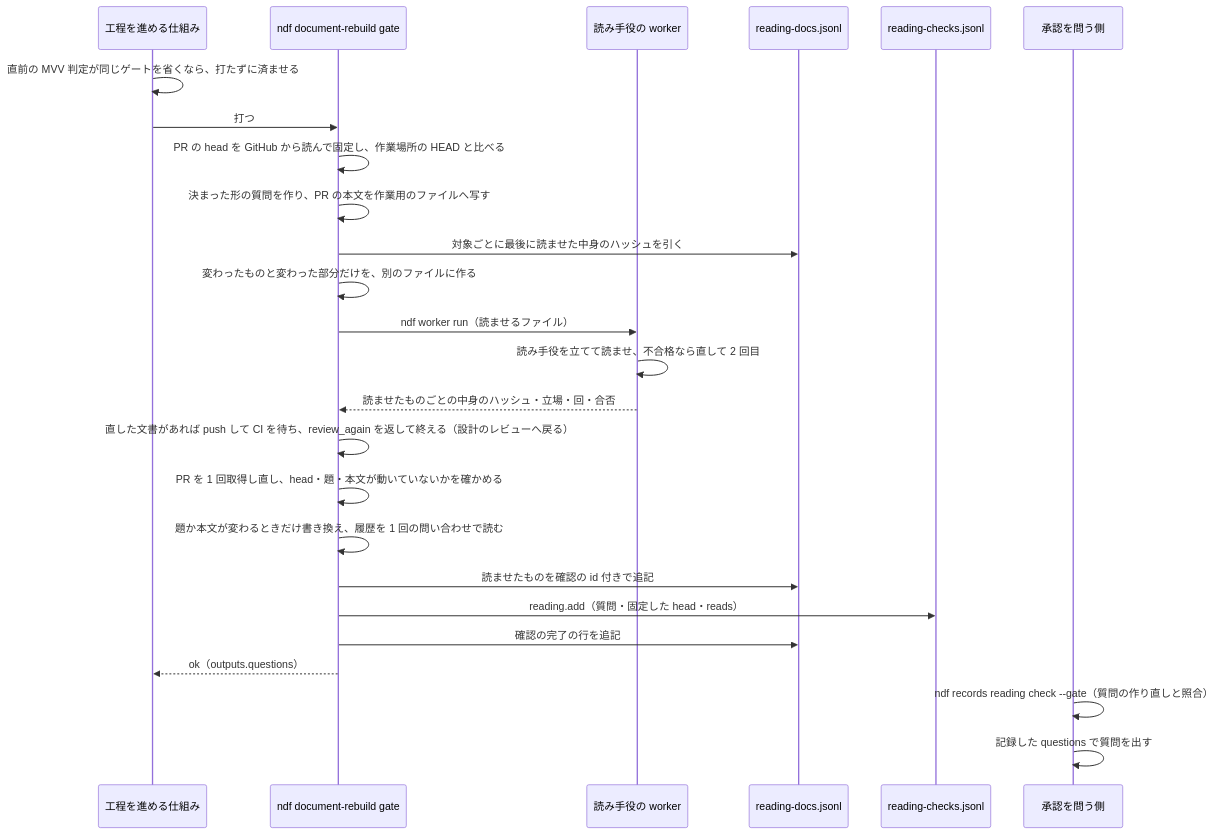
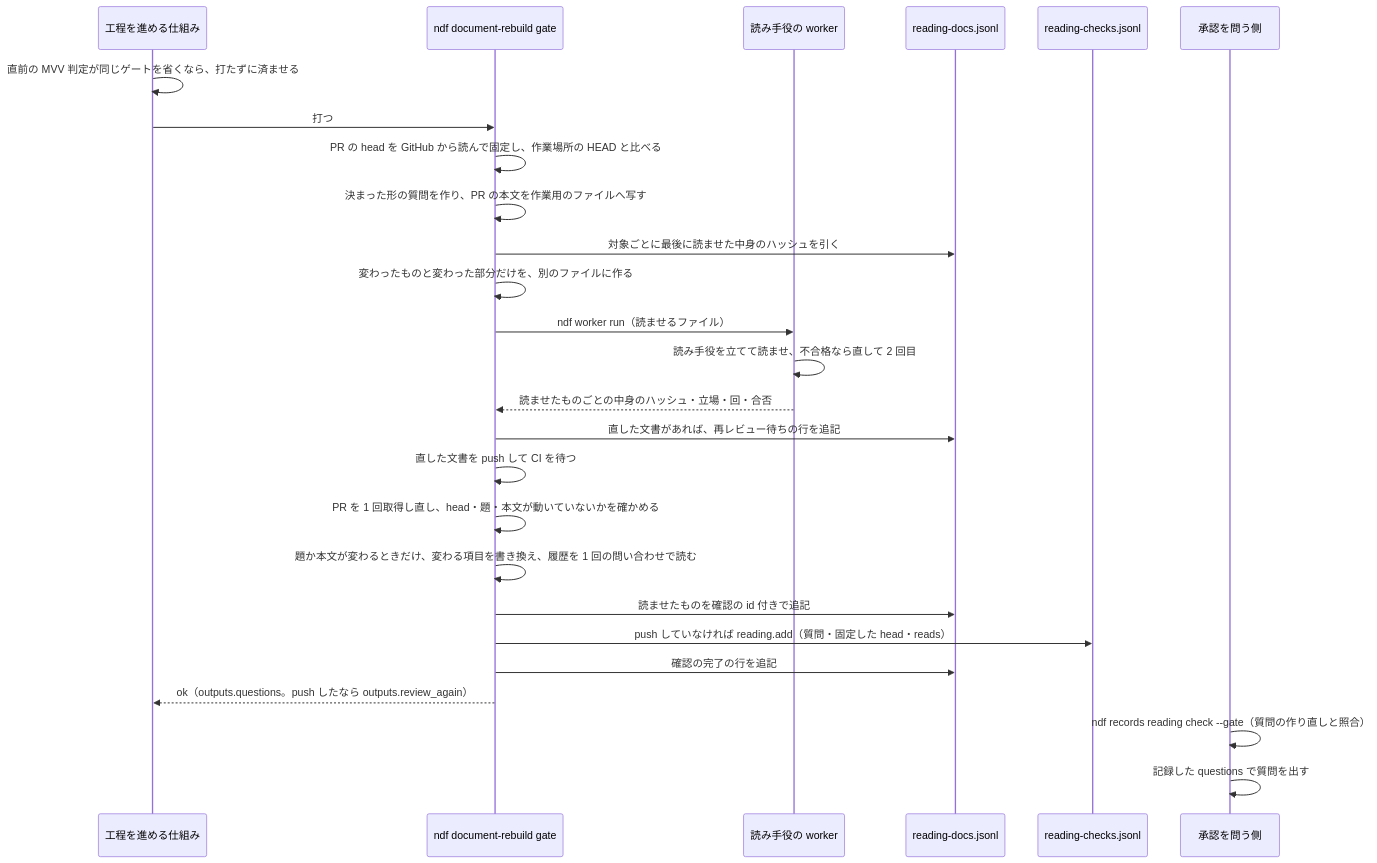
Before and after one commit to devbasex/ai-plugins: the fourth of 4 diagrams in issues/issue-4446-design.md, drawn with Mermaid. The commit also changed other lines of this file, not shown here.

````diff
--- a/issues/issue-4446-design.md
+++ b/issues/issue-4446-design.md
@@ -250,27 +250,28 @@
 ```mermaid
 sequenceDiagram
   participant P as 工程を進める仕組み
   participant G as ndf document-rebuild gate
   participant W as 読み手役の worker
   participant B as reading-docs.jsonl
   participant L as reading-checks.jsonl
   participant C as 承認を問う側
   P->>P: 直前の MVV 判定が同じゲートを省くなら、打たずに済ませる
   P->>G: 打つ
   G->>G: PR の head を GitHub から読んで固定し、作業場所の HEAD と比べる
   G->>G: 決まった形の質問を作り、PR の本文を作業用のファイルへ写す
   G->>B: 対象ごとに最後に読ませた中身のハッシュを引く
   G->>G: 変わったものと変わった部分だけを、別のファイルに作る
   G->>W: ndf worker run（読ませるファイル）
   W->>W: 読み手役を立てて読ませ、不合格なら直して 2 回目
   W-->>G: 読ませたものごとの中身のハッシュ・立場・回・合否
-  G->>G: 直した文書があれば push して CI を待ち、review_again を返して終える（設計のレビューへ戻る）
+  G->>B: 直した文書があれば、再レビュー待ちの行を追記
+  G->>G: 直した文書を push して CI を待つ
   G->>G: PR を 1 回取得し直し、head・題・本文が動いていないかを確かめる
-  G->>G: 題か本文が変わるときだけ書き換え、履歴を 1 回の問い合わせで読む
+  G->>G: 題か本文が変わるときだけ、変わる項目を書き換え、履歴を 1 回の問い合わせで読む
   G->>B: 読ませたものを確認の id 付きで追記
-  G->>L: reading.add（質問・固定した head・reads）
+  G->>L: push していなければ reading.add（質問・固定した head・reads）
   G->>B: 確認の完了の行を追記
-  G-->>P: ok（outputs.questions）
+  G-->>P: ok（outputs.questions。push したなら outputs.review_again）
   C->>C: ndf records reading check --gate（質問の作り直しと照合）
   C->>C: 記録した questions で質問を出す
 ```
````
